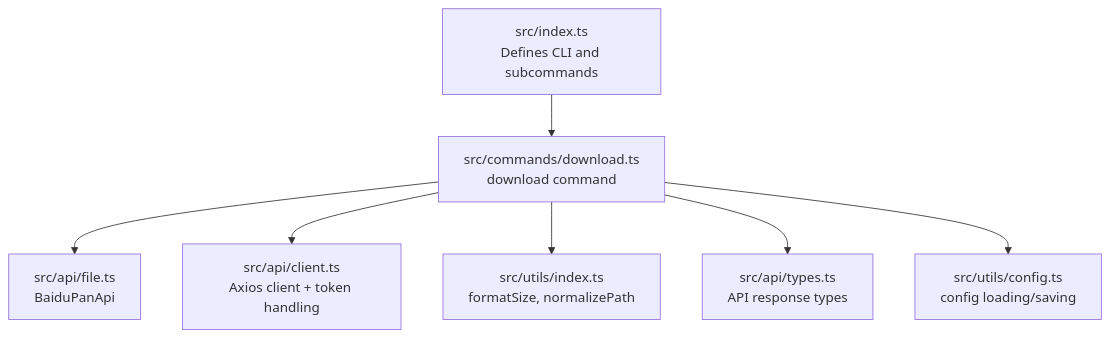
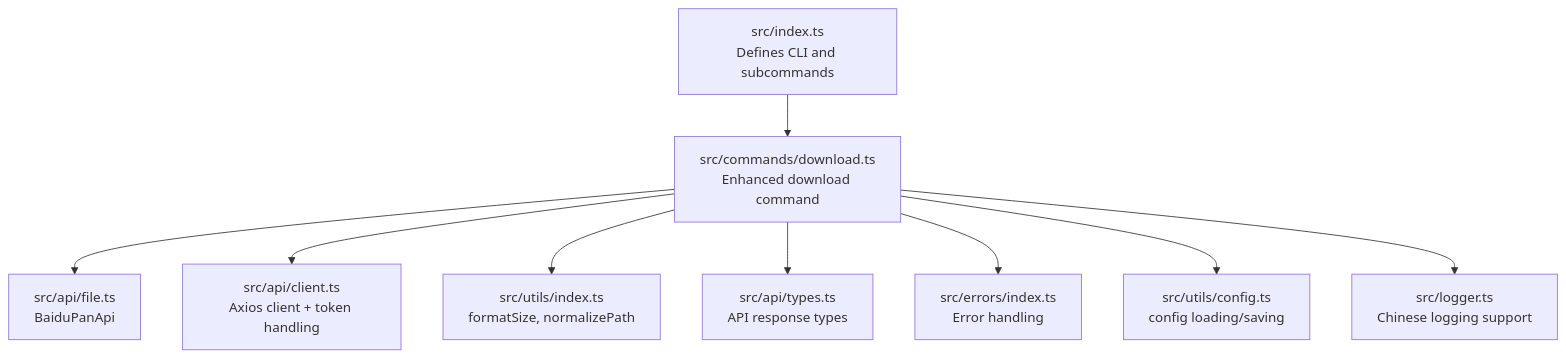
One commit to yuexiaoliang/baiduwangpan-manager changed the first of 4 diagrams in .qoder/repowiki/en/content/Command Reference/Download Command.md. Above: the diagram before and after it, drawn with Mermaid. The commit also changed other lines of this file and 30 other files, not shown here.

````diff
--- a/.qoder/repowiki/en/content/Command Reference/Download Command.md
+++ b/.qoder/repowiki/en/content/Command Reference/Download Command.md
@@ -41,9 +56,11 @@
 ```mermaid
 graph TB
-Main["src/index.ts<br/>Defines CLI and subcommands"] --> DL["src/commands/download.ts<br/>download command"]
+Main["src/index.ts<br/>Defines CLI and subcommands"] --> DL["src/commands/download.ts<br/>Enhanced download command"]
 DL --> API["src/api/file.ts<br/>BaiduPanApi"]
 DL --> Client["src/api/client.ts<br/>Axios client + token handling"]
 DL --> Utils["src/utils/index.ts<br/>formatSize, normalizePath"]
 DL --> Types["src/api/types.ts<br/>API response types"]
+DL --> Errors["src/errors/index.ts<br/>Error handling"]
 DL --> Config["src/utils/config.ts<br/>config loading/saving"]
+DL --> Logger["src/logger.ts<br/>Chinese logging support"]
 ```
````
